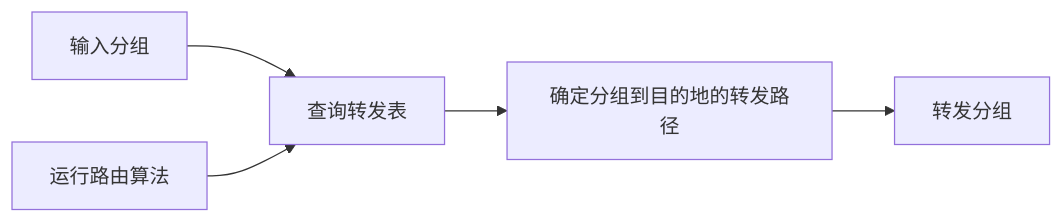
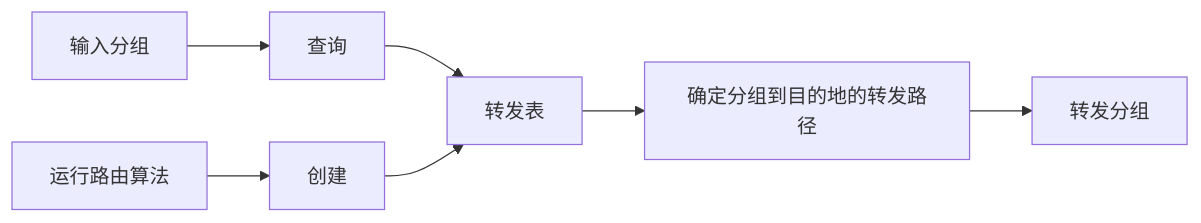
The second of 4 diagrams in Computer/Network.md (Traveler0014/LearningNote), drawn with Mermaid before and after one commit. The commit also changed other lines of this file, not shown here.

````diff
--- a/Computer/Network.md
+++ b/Computer/Network.md
@@ -43,5 +43,5 @@
   ```mermaid
   graph LR
-  	输入分组 --> 查询转发表 --> 确定分组到目的地的转发路径 --> 转发分组
-  	运行路由算法 --> 查询转发表
+  	输入分组 --> 查询 --> 转发表 --> 确定分组到目的地的转发路径 --> 转发分组
+  	运行路由算法 --> 创建 --> 转发表
   ```
````
